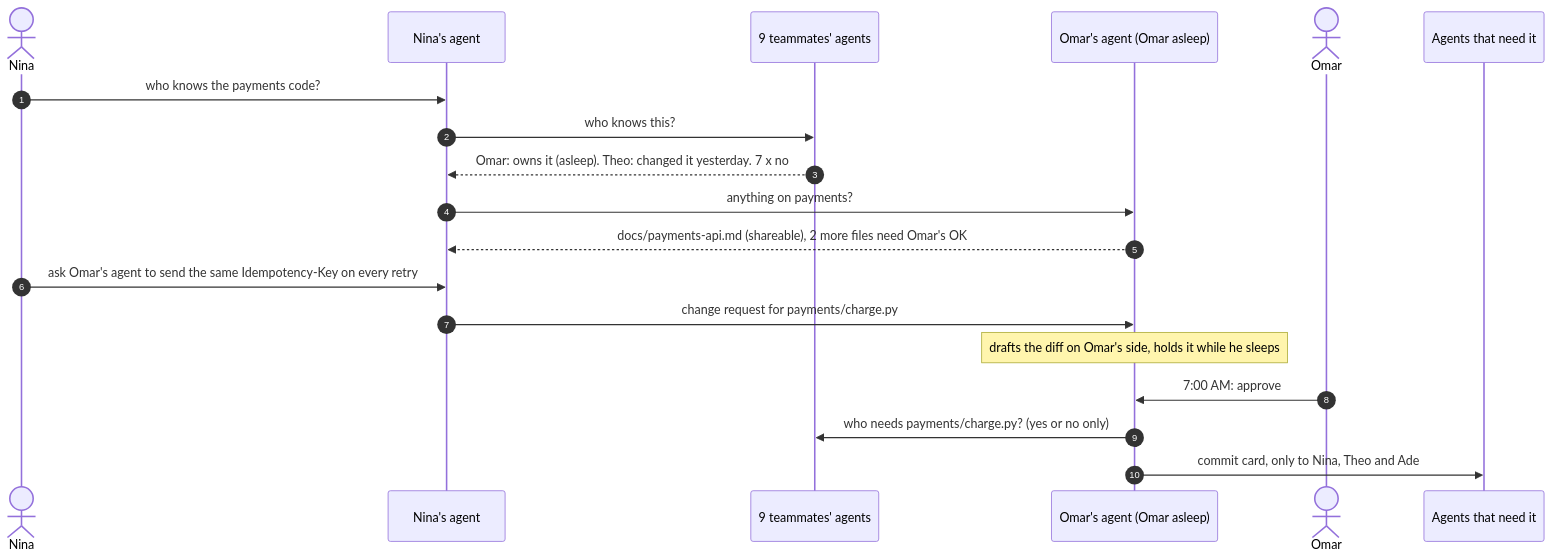
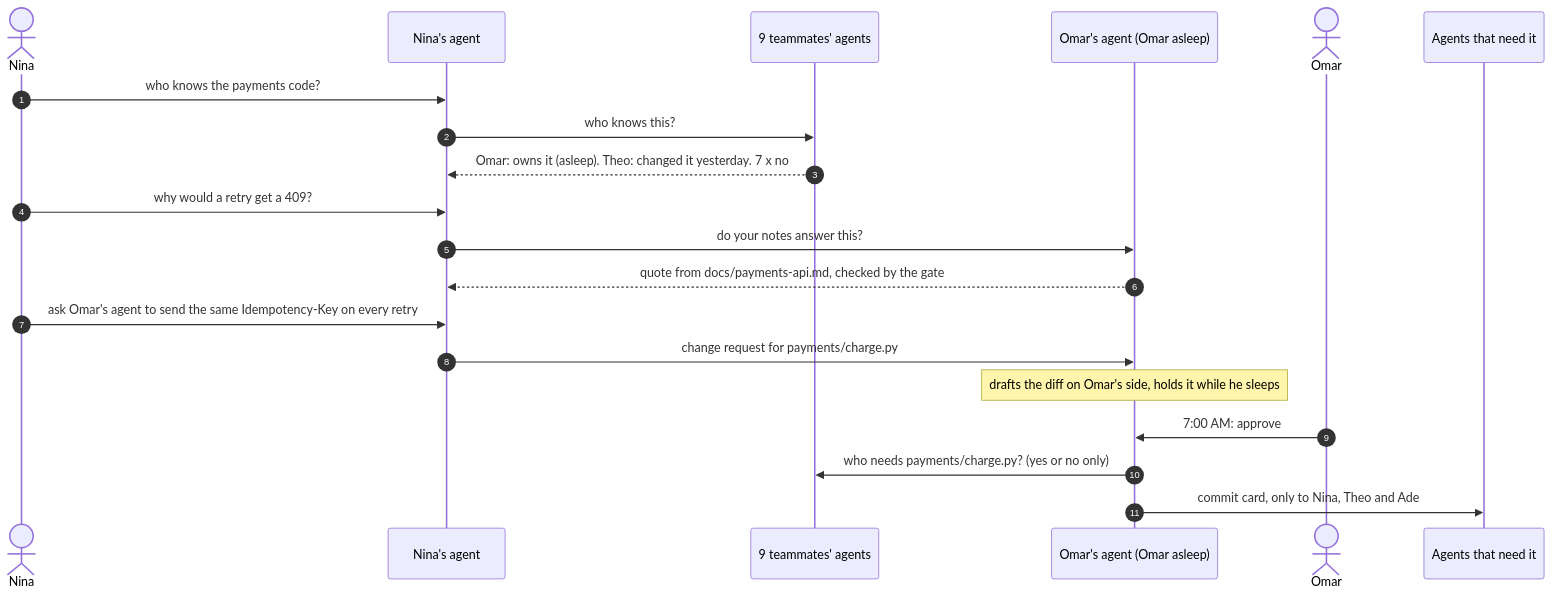
The diagram in README.md (Aadharsh21/WhoKnows), drawn with Mermaid before and after one commit. The commit also changed other lines of this file and 53 other files, not shown here.

````diff
--- a/README.md
+++ b/README.md
@@ -35,21 +59,22 @@
 ```mermaid
 sequenceDiagram
     autonumber
     actor Nina
     participant NA as Nina's agent
     participant All as 9 teammates' agents
     participant OA as Omar's agent (Omar asleep)
     actor Omar
     participant W as Agents that need it
     Nina->>NA: who knows the payments code?
     NA->>All: who knows this?
     All-->>NA: Omar: owns it (asleep). Theo: changed it yesterday. 7 x no
-    NA->>OA: anything on payments?
-    OA-->>NA: docs/payments-api.md (shareable), 2 more files need Omar's OK
+    Nina->>NA: why would a retry get a 409?
+    NA->>OA: do your notes answer this?
+    OA-->>NA: quote from docs/payments-api.md, checked by the gate
     Nina->>NA: ask Omar's agent to send the same Idempotency-Key on every retry
     NA->>OA: change request for payments/charge.py
     Note over OA: drafts the diff on Omar's side, holds it while he sleeps
     Omar->>OA: 7:00 AM: approve
     OA->>All: who needs payments/charge.py? (yes or no only)
     OA->>W: commit card, only to Nina, Theo and Ade
 ```
````
